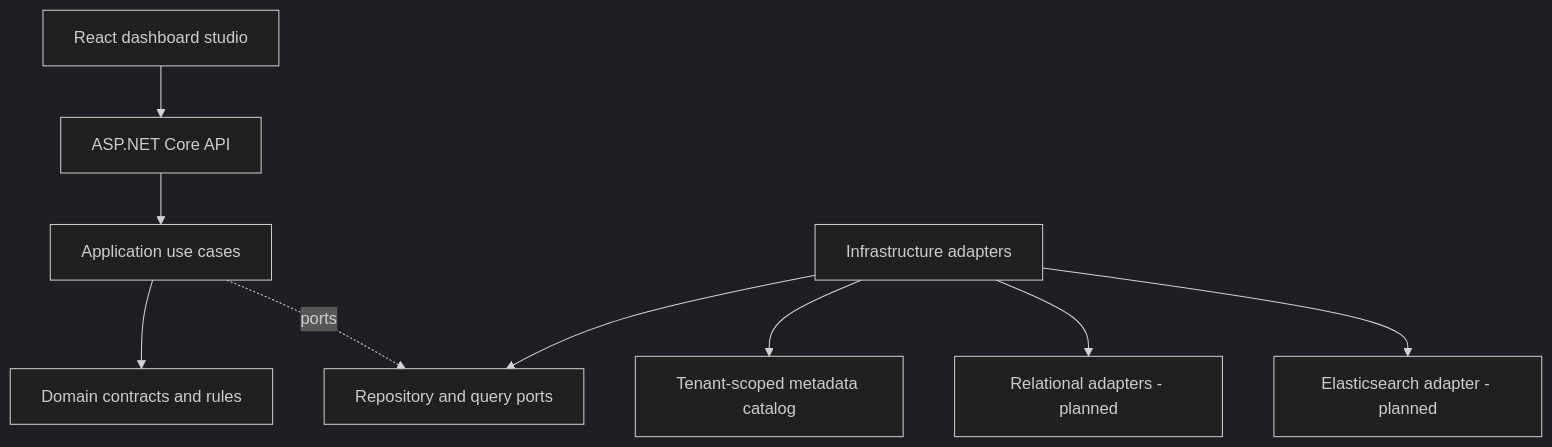
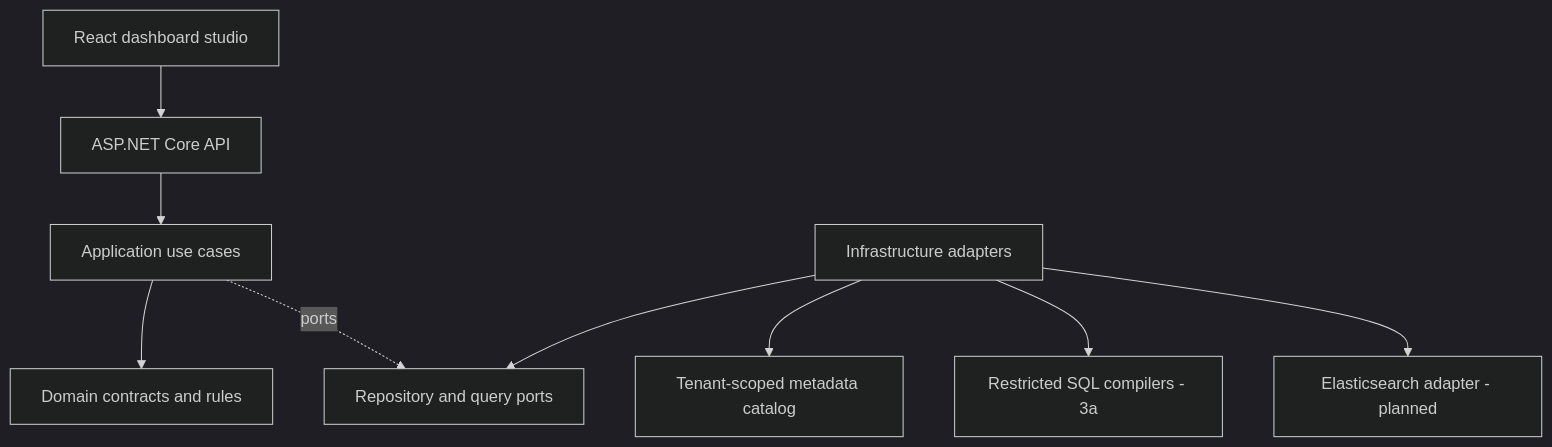
One commit to infoconex/analytics-dashboard changed the diagram in docs/architecture.md. Above: the diagram before and after it, drawn with Mermaid (dark theme). The commit also changed other lines of this file and 22 other files, not shown here.

First line of the commit message:
Roadmap 3a: restricted SQL Server and PostgreSQL provider conformance (#13)

````diff
--- a/docs/architecture.md
+++ b/docs/architecture.md
@@ -11,11 +11,11 @@
 ```mermaid
 flowchart TD
   UI["React dashboard studio"] --> API["ASP.NET Core API"]
   API --> APP["Application use cases"]
   APP --> DOM["Domain contracts and rules"]
   APP -. "ports" .-> PORT["Repository and query ports"]
   AD["Infrastructure adapters"] --> PORT
   AD --> META["Tenant-scoped metadata catalog"]
-  AD --> SQL["Relational adapters - planned"]
+  AD --> SQL["Restricted SQL compilers - 3a"]
   AD --> ES["Elasticsearch adapter - planned"]
 ```
````
